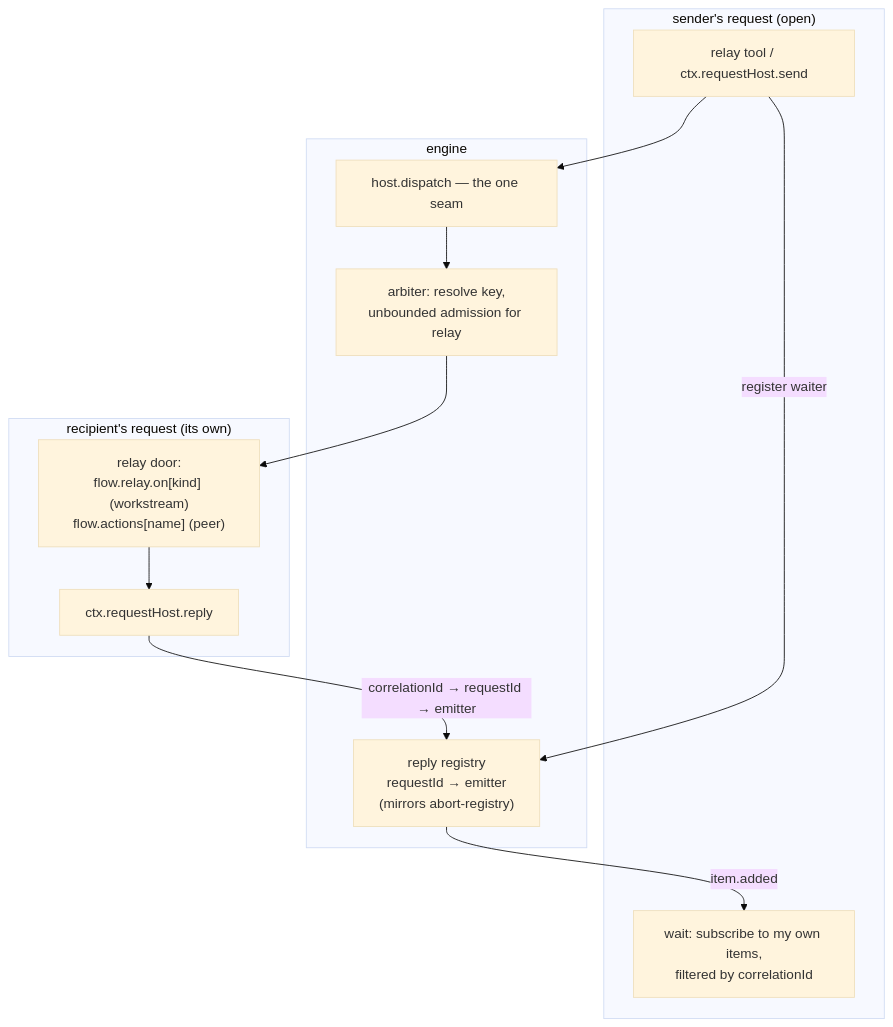
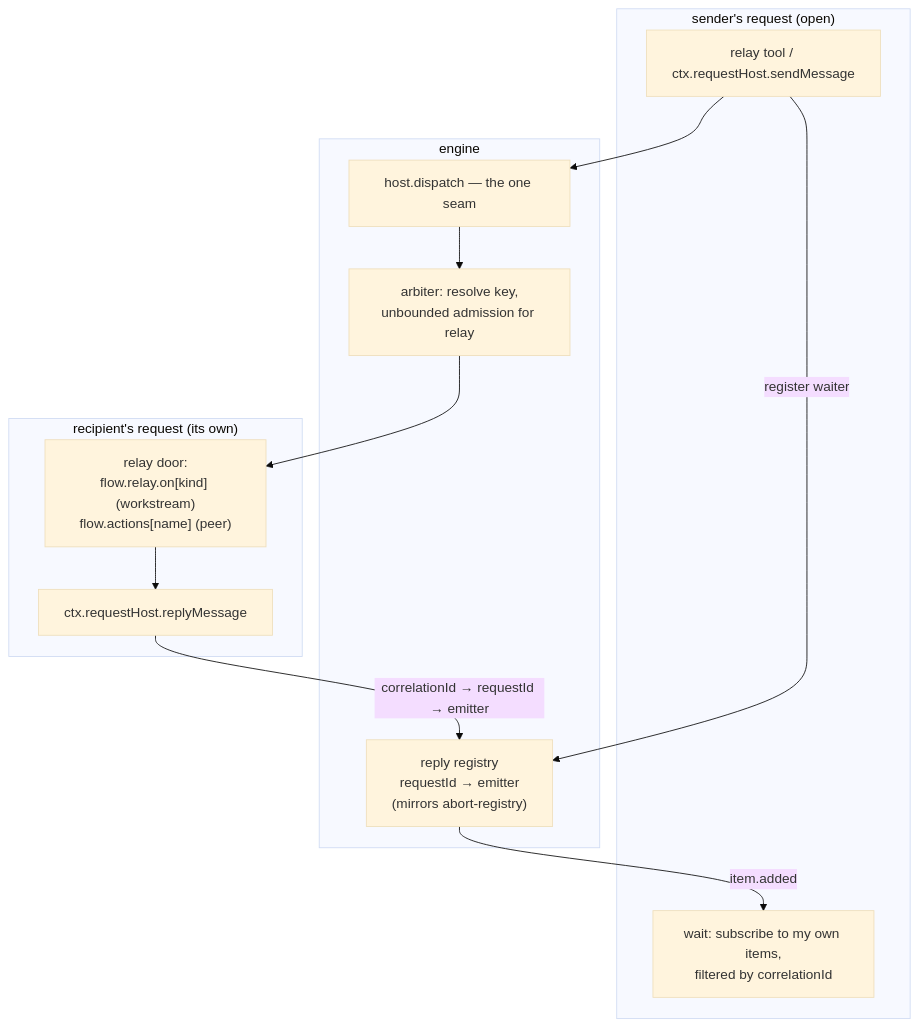
One commit to fixpoint-labs/flow-state-dev changed the diagram in spec/FIX-1230.md. Above: the diagram before and after it, drawn with Mermaid (base theme). The commit also changed other lines of this file, not shown here.

First line of the commit message:
spec(FIX-1230): rename the verbs to sendMessage / replyMessage per the owner

````diff
--- a/spec/FIX-1230.md
+++ b/spec/FIX-1230.md
@@ -165,19 +165,19 @@
 ```mermaid
 flowchart TB
   subgraph sender["sender's request (open)"]
-    T["relay tool / ctx.requestHost.send"]
+    T["relay tool / ctx.requestHost.sendMessage"]
     W["wait: subscribe to my own items,<br/>filtered by correlationId"]
   end
   subgraph engine["engine"]
     RR["reply registry<br/>requestId → emitter<br/>(mirrors abort-registry)"]
     H["host.dispatch — the one seam"]
     A["arbiter: resolve key,<br/>unbounded admission for relay"]
   end
   subgraph recip["recipient's request (its own)"]
     D["relay door:<br/>flow.relay.on[kind] (workstream)<br/>flow.actions[name] (peer)"]
-    P["ctx.requestHost.reply"]
+    P["ctx.requestHost.replyMessage"]
   end
   T -->|"register waiter"| RR
   T --> H --> A --> D --> P -->|"correlationId → requestId → emitter"| RR
   RR -->|"item.added"| W
 ```
````
